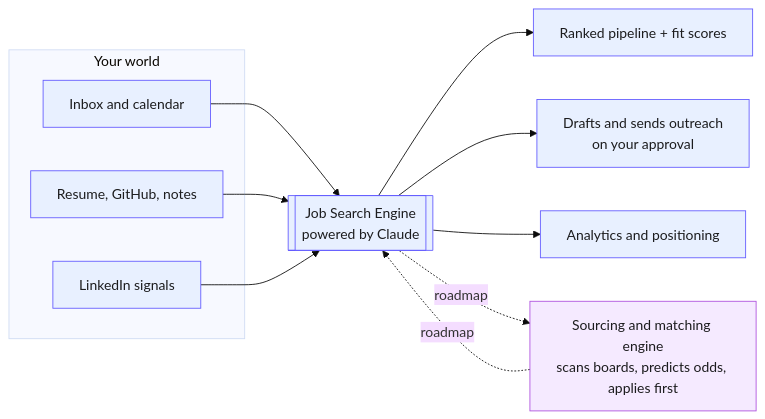
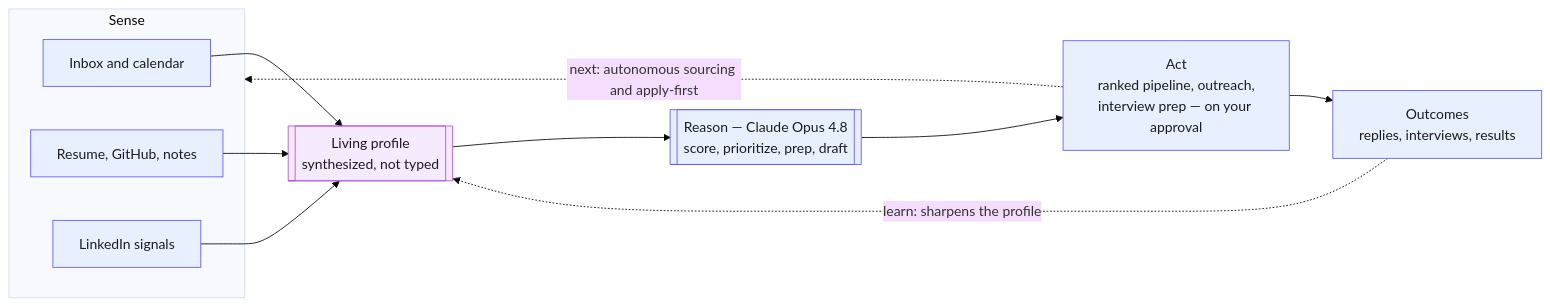
The diagram in README.md (hashemselsherif/job-search-copilot), drawn with Mermaid (base theme) before and after one commit. The commit also changed other lines of this file, not shown here.

````diff
--- a/README.md
+++ b/README.md
@@ -98,22 +130,22 @@
 ```mermaid
 flowchart LR
-  subgraph IN[Your world]
+  subgraph SENSE[Sense]
     A[Inbox and calendar]
     B[Resume, GitHub, notes]
     C[LinkedIn signals]
   end
-  A --> ENG
-  B --> ENG
-  C --> ENG
-  ENG[["Job Search Engine<br/>powered by Claude"]]
-  ENG --> P[Ranked pipeline + fit scores]
-  ENG --> X[Drafts and sends outreach<br/>on your approval]
-  ENG --> AN[Analytics and positioning]
-  M -. roadmap .-> ENG
-  ENG -. roadmap .-> M[Sourcing and matching engine<br/>scans boards, predicts odds, applies first]
+  A --> PROF
+  B --> PROF
+  C --> PROF
+  PROF[["Living profile<br/>synthesized, not typed"]]
+  PROF --> REASON[["Reason — Claude Opus 4.8<br/>score, prioritize, prep, draft"]]
+  REASON --> ACT[Act<br/>ranked pipeline, outreach,<br/>interview prep — on your approval]
+  ACT --> OUT[Outcomes<br/>replies, interviews, results]
+  OUT -. learn: sharpens the profile .-> PROF
+  ACT -. next: autonomous sourcing and apply-first .-> SENSE
 
   classDef now fill:#E8F0FF,stroke:#635BFF,color:#1C1C1E;
-  classDef soon fill:#F5EAFF,stroke:#AF52DE,color:#1C1C1E;
-  class A,B,C,P,X,AN,ENG now;
-  class M soon;
+  classDef hub fill:#F5EAFF,stroke:#AF52DE,color:#1C1C1E;
+  class A,B,C,REASON,ACT,OUT now;
+  class PROF hub;
 ```
````
